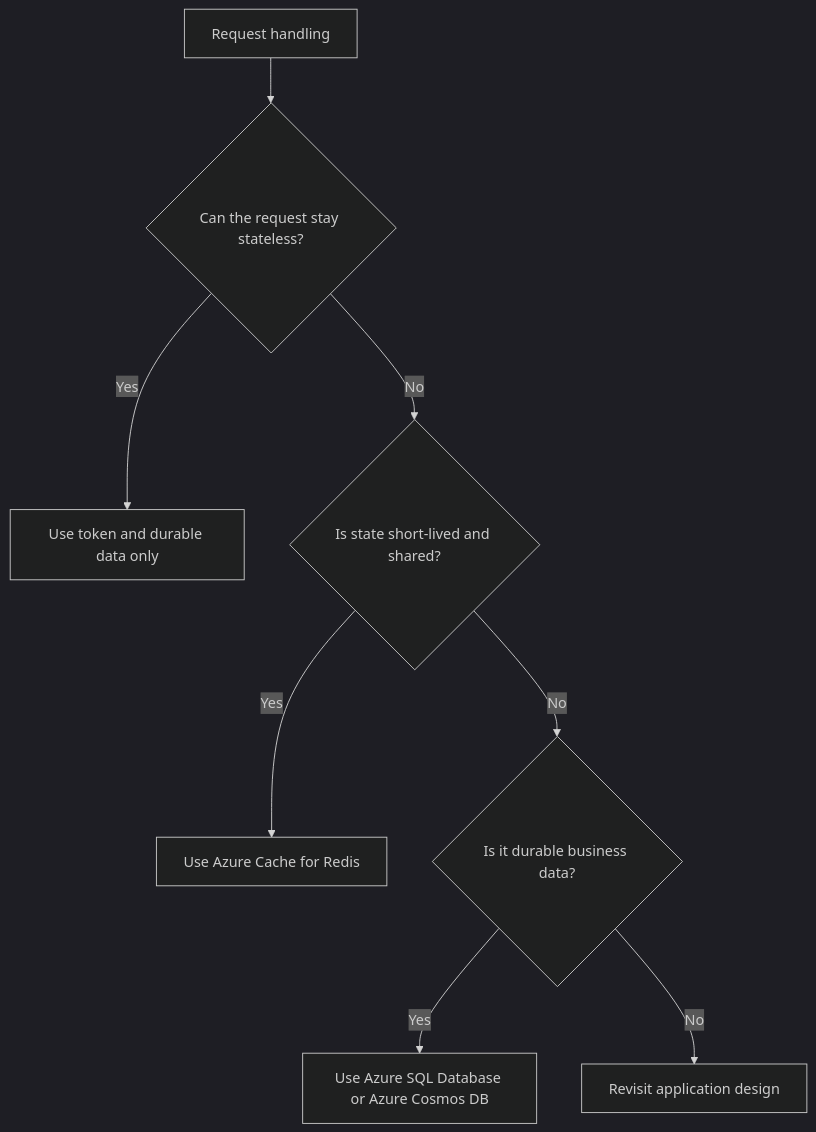
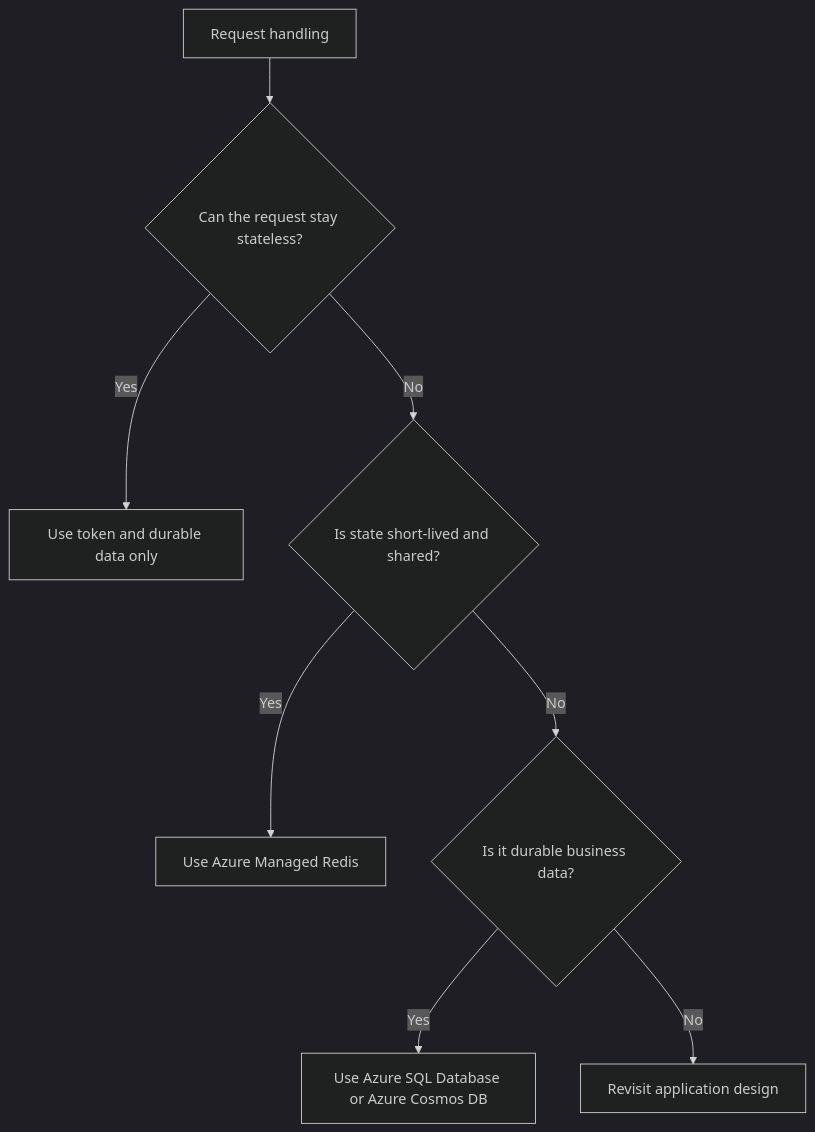
One commit to yeongseon/azure-architecture-practical-guide changed the diagram in docs/workload-guides/public-web-api/data-and-state.md. Above: the diagram before and after it, drawn with Mermaid (dark theme). The commit also changed other lines of this file and 31 other files, not shown here.

````diff
--- a/docs/workload-guides/public-web-api/data-and-state.md
+++ b/docs/workload-guides/public-web-api/data-and-state.md
@@ -49,10 +51,10 @@
 ```mermaid
 flowchart TD
     A[Request handling] --> B{Can the request stay stateless?}
     B -->|Yes| C[Use token and durable data only]
     B -->|No| D{Is state short-lived and shared?}
-    D -->|Yes| E[Use Azure Cache for Redis]
+    D -->|Yes| E[Use Azure Managed Redis]
     D -->|No| F{Is it durable business data?}
     F -->|Yes| G[Use Azure SQL Database or Azure Cosmos DB]
     F -->|No| H[Revisit application design]
 ```
````
